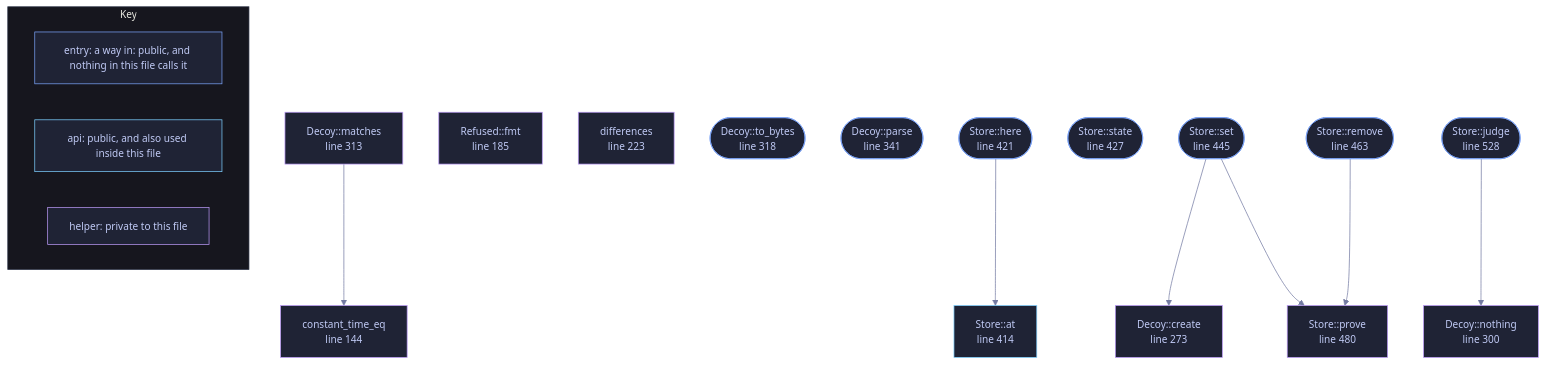
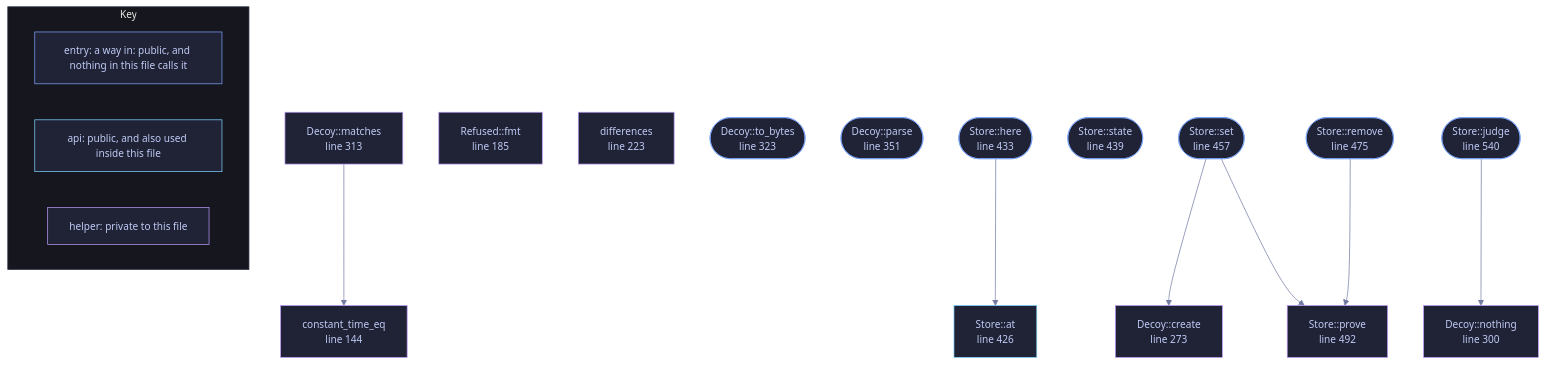
One commit to tilas01/veilvoice changed the diagram in docs/files/veilvoice-crypto/decoy.md. Above: the diagram before and after it, drawn with Mermaid. The commit also changed other lines of this file and 80 other files, not shown here.

````diff
--- a/docs/files/veilvoice-crypto/decoy.md
+++ b/docs/files/veilvoice-crypto/decoy.md
@@ -169,59 +169,59 @@
 ```mermaid
 %%{init: {"theme":"base","themeVariables":{"background":"#1a1b26","primaryColor":"#1f2335","primaryTextColor":"#c0caf5","primaryBorderColor":"#7aa2f7","secondaryColor":"#16161e","tertiaryColor":"#16161e","lineColor":"#737aa2","textColor":"#c0caf5","mainBkg":"#1f2335","nodeBorder":"#7aa2f7","clusterBkg":"#16161e","clusterBorder":"#2f3549","fontFamily":"ui-monospace, SFMono-Regular, Consolas, monospace","fontSize":"14px"}}}%%
 flowchart TD
     n_create["Verifier::create<br/>line 127"]
     n_matches["Verifier::matches<br/>line 137"]
     n_constant_time_eq["constant_time_eq<br/>line 144"]
     n_fmt["Refused::fmt<br/>line 185"]
     n_differences["differences<br/>line 223"]
     n_create["Decoy::create<br/>line 273"]
     n_nothing["Decoy::nothing<br/>line 300"]
     n_matches["Decoy::matches<br/>line 313"]
-    n_to_bytes(["Decoy::to_bytes<br/>line 318"])
-    n_parse(["Decoy::parse<br/>line 341"])
-    n_at["Store::at<br/>line 414"]
-    n_here(["Store::here<br/>line 421"])
-    n_state(["Store::state<br/>line 427"])
-    n_set(["Store::set<br/>line 445"])
-    n_remove(["Store::remove<br/>line 463"])
-    n_prove["Store::prove<br/>line 480"]
-    n_judge(["Store::judge<br/>line 528"])
+    n_to_bytes(["Decoy::to_bytes<br/>line 323"])
+    n_parse(["Decoy::parse<br/>line 351"])
+    n_at["Store::at<br/>line 426"]
+    n_here(["Store::here<br/>line 433"])
+    n_state(["Store::state<br/>line 439"])
+    n_set(["Store::set<br/>line 457"])
+    n_remove(["Store::remove<br/>line 475"])
+    n_prove["Store::prove<br/>line 492"]
+    n_judge(["Store::judge<br/>line 540"])
     n_here --> n_at
     n_judge --> n_nothing
     n_matches --> n_constant_time_eq
     n_remove --> n_prove
     n_set --> n_create
     n_set --> n_prove
     click n_create href "https://github.com/tilas01/veilvoice/blob/main/crates/veilvoice-crypto/src/decoy.rs#L127" "open the source"
     click n_matches href "https://github.com/tilas01/veilvoice/blob/main/crates/veilvoice-crypto/src/decoy.rs#L137" "open the source"
     click n_constant_time_eq href "https://github.com/tilas01/veilvoice/blob/main/crates/veilvoice-crypto/src/decoy.rs#L144" "open the source"
     click n_fmt href "https://github.com/tilas01/veilvoice/blob/main/crates/veilvoice-crypto/src/decoy.rs#L185" "open the source"
     click n_differences href "https://github.com/tilas01/veilvoice/blob/main/crates/veilvoice-crypto/src/decoy.rs#L223" "open the source"
     click n_create href "https://github.com/tilas01/veilvoice/blob/main/crates/veilvoice-crypto/src/decoy.rs#L273" "open the source"
     click n_nothing href "https://github.com/tilas01/veilvoice/blob/main/crates/veilvoice-crypto/src/decoy.rs#L300" "open the source"
     click n_matches href "https://github.com/tilas01/veilvoice/blob/main/crates/veilvoice-crypto/src/decoy.rs#L313" "open the source"
-    click n_to_bytes href "https://github.com/tilas01/veilvoice/blob/main/crates/veilvoice-crypto/src/decoy.rs#L318" "open the source"
-    click n_parse href "https://github.com/tilas01/veilvoice/blob/main/crates/veilvoice-crypto/src/decoy.rs#L341" "open the source"
-    click n_at href "https://github.com/tilas01/veilvoice/blob/main/crates/veilvoice-crypto/src/decoy.rs#L414" "open the source"
-    click n_here href "https://github.com/tilas01/veilvoice/blob/main/crates/veilvoice-crypto/src/decoy.rs#L421" "open the source"
-    click n_state href "https://github.com/tilas01/veilvoice/blob/main/crates/veilvoice-crypto/src/decoy.rs#L427" "open the source"
-    click n_set href "https://github.com/tilas01/veilvoice/blob/main/crates/veilvoice-crypto/src/decoy.rs#L445" "open the source"
-    click n_remove href "https://github.com/tilas01/veilvoice/blob/main/crates/veilvoice-crypto/src/decoy.rs#L463" "open the source"
-    click n_prove href "https://github.com/tilas01/veilvoice/blob/main/crates/veilvoice-crypto/src/decoy.rs#L480" "open the source"
-    click n_judge href "https://github.com/tilas01/veilvoice/blob/main/crates/veilvoice-crypto/src/decoy.rs#L528" "open the source"
+    click n_to_bytes href "https://github.com/tilas01/veilvoice/blob/main/crates/veilvoice-crypto/src/decoy.rs#L323" "open the source"
+    click n_parse href "https://github.com/tilas01/veilvoice/blob/main/crates/veilvoice-crypto/src/decoy.rs#L351" "open the source"
+    click n_at href "https://github.com/tilas01/veilvoice/blob/main/crates/veilvoice-crypto/src/decoy.rs#L426" "open the source"
+    click n_here href "https://github.com/tilas01/veilvoice/blob/main/crates/veilvoice-crypto/src/decoy.rs#L433" "open the source"
+    click n_state href "https://github.com/tilas01/veilvoice/blob/main/crates/veilvoice-crypto/src/decoy.rs#L439" "open the source"
+    click n_set href "https://github.com/tilas01/veilvoice/blob/main/crates/veilvoice-crypto/src/decoy.rs#L457" "open the source"
+    click n_remove href "https://github.com/tilas01/veilvoice/blob/main/crates/veilvoice-crypto/src/decoy.rs#L475" "open the source"
+    click n_prove href "https://github.com/tilas01/veilvoice/blob/main/crates/veilvoice-crypto/src/decoy.rs#L492" "open the source"
+    click n_judge href "https://github.com/tilas01/veilvoice/blob/main/crates/veilvoice-crypto/src/decoy.rs#L540" "open the source"
     classDef entry fill:#1f2335,stroke:#7aa2f7,color:#c0caf5
     class n_to_bytes,n_parse,n_here,n_state,n_set,n_remove,n_judge entry
     classDef api fill:#1f2335,stroke:#7dcfff,color:#c0caf5
     class n_create,n_at api
     classDef helper fill:#1f2335,stroke:#bb9af7,color:#c0caf5
     class n_create,n_matches,n_constant_time_eq,n_fmt,n_differences,n_nothing,n_matches,n_prove helper
     subgraph chart_key ["Key"]
         direction LR
         key_entry["entry: a way in: public, and nothing in this file calls it"]
         key_api["api: public, and also used inside this file"]
         key_helper["helper: private to this file"]
     end
     class key_entry entry
     class key_api api
     class key_helper helper
 ```
````
